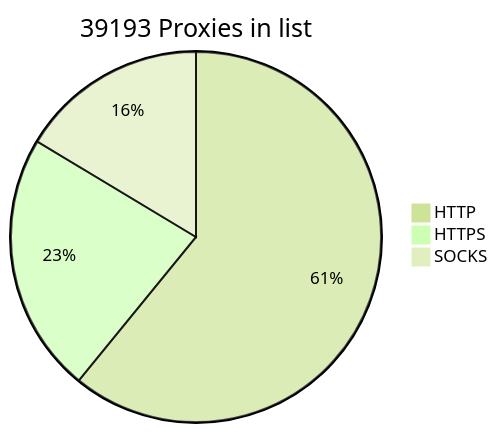
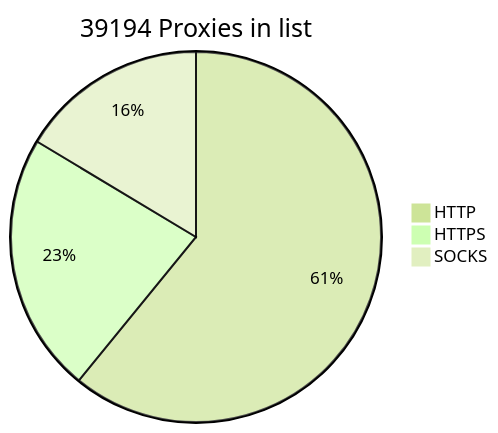
One commit to BlackSnowDot/proxylist-update-every-minute changed the diagram in README.md. Above: the diagram before and after it, drawn with Mermaid (forest theme).

````diff
--- a/README.md
+++ b/README.md
@@ -2,6 +2,6 @@
 ```mermaid
-pie title 39193 Proxies in list
-    "HTTP" : 28102
+pie title 39194 Proxies in list
+    "HTTP" : 28103
     "HTTPS": 10480
-    "SOCKS" : 7563
+    "SOCKS" : 7564
 ```
````
